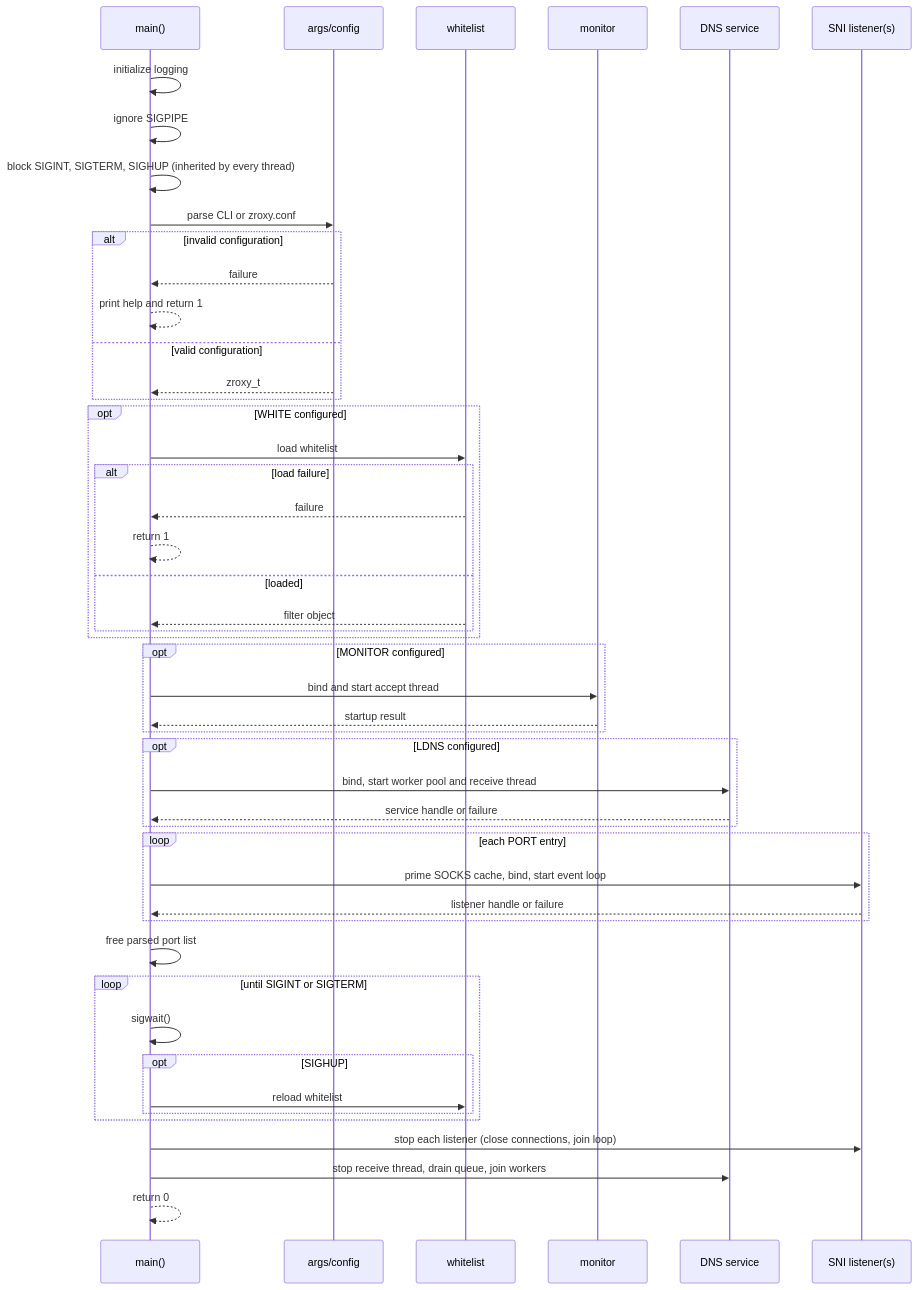
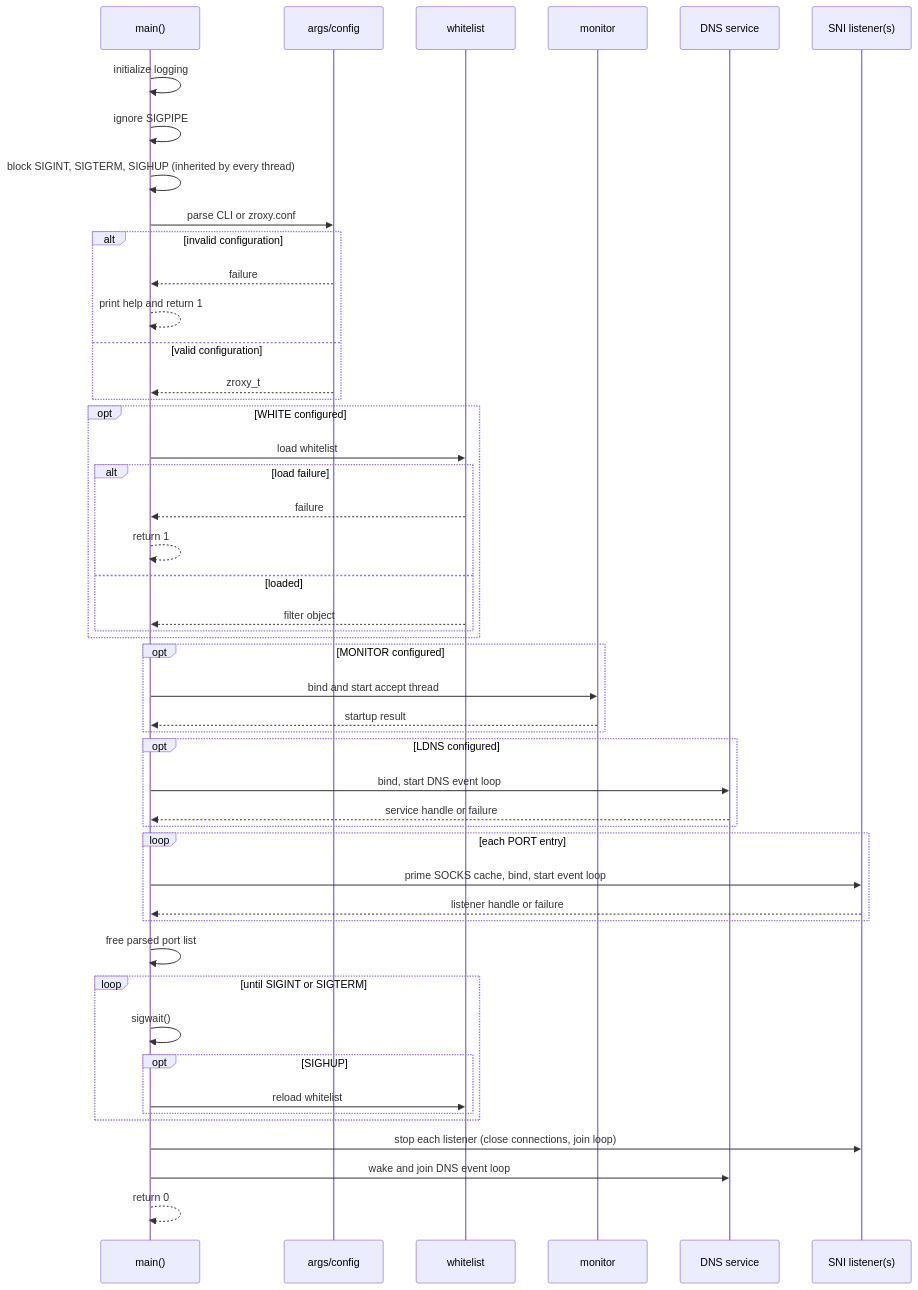
One commit to 0x7a657573/zroxy changed the second of 11 diagrams in ARCHITECTURE.md. Above: the diagram before and after it, drawn with Mermaid. The commit also changed other lines of this file and 27 other files, not shown here.

First line of the commit message:
refactor(dns): replace FIFO workers with a DNS event loop

````diff
--- a/ARCHITECTURE.md
+++ b/ARCHITECTURE.md
@@ -164,57 +161,57 @@
 ```mermaid
 sequenceDiagram
     participant M as main()
     participant A as args/config
     participant F as whitelist
     participant Mo as monitor
     participant D as DNS service
     participant S as SNI listener(s)
 
     M->>M: initialize logging
     M->>M: ignore SIGPIPE
     M->>M: block SIGINT, SIGTERM, SIGHUP (inherited by every thread)
     M->>A: parse CLI or zroxy.conf
     alt invalid configuration
         A-->>M: failure
         M-->>M: print help and return 1
     else valid configuration
         A-->>M: zroxy_t
     end
 
     opt WHITE configured
         M->>F: load whitelist
         alt load failure
             F-->>M: failure
             M-->>M: return 1
         else loaded
             F-->>M: filter object
         end
     end
 
     opt MONITOR configured
         M->>Mo: bind and start accept thread
         Mo-->>M: startup result
     end
 
     opt LDNS configured
-        M->>D: bind, start worker pool and receive thread
+        M->>D: bind, start DNS event loop
         D-->>M: service handle or failure
     end
 
     loop each PORT entry
         M->>S: prime SOCKS cache, bind, start event loop
         S-->>M: listener handle or failure
     end
 
     M->>M: free parsed port list
     loop until SIGINT or SIGTERM
         M->>M: sigwait()
         opt SIGHUP
             M->>F: reload whitelist
         end
     end
 
     M->>S: stop each listener (close connections, join loop)
-    M->>D: stop receive thread, drain queue, join workers
+    M->>D: wake and join DNS event loop
     M-->>M: return 0
 ```
````
